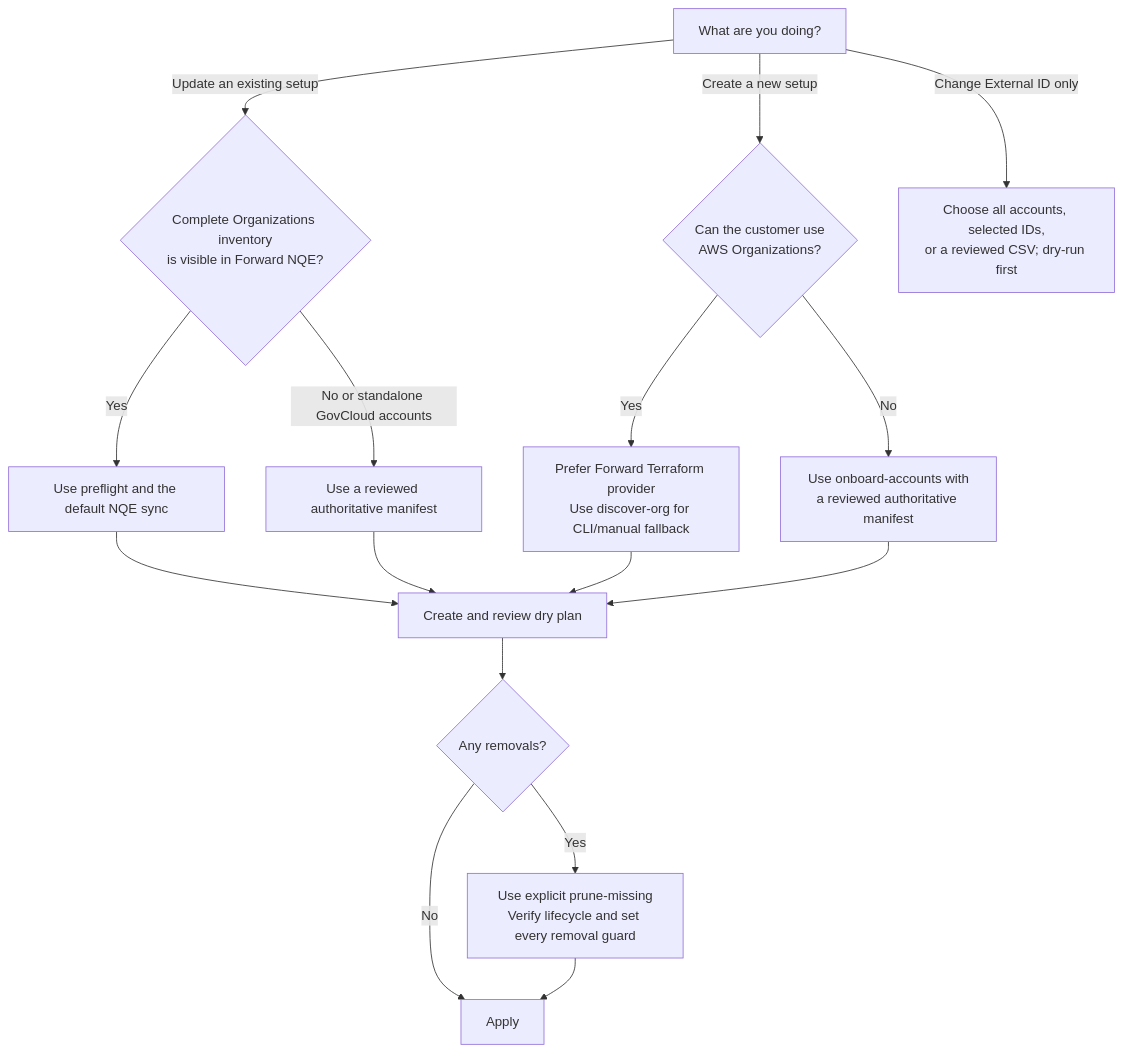
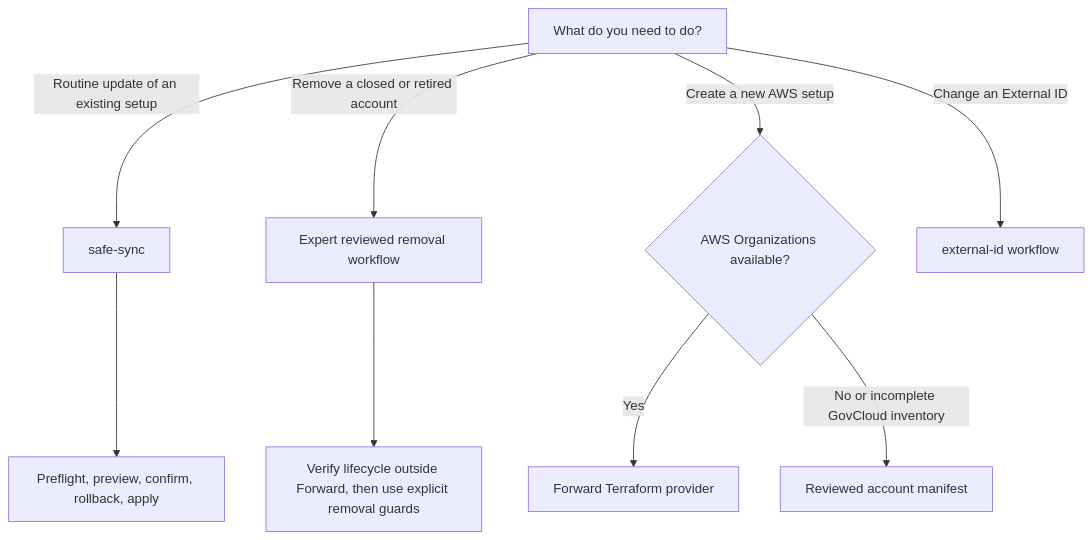
One commit to forwardnetworks/aws-sync changed the diagram in README.md. Above: the diagram before and after it, drawn with Mermaid. The commit also changed other lines of this file and 9 other files, not shown here.

Commit message:
feat: add guarded safe-sync workflow

````diff
--- a/README.md
+++ b/README.md
@@ -7,20 +92,11 @@
 ```mermaid
 flowchart TD
-    A[What are you doing?] -->|Update an existing setup| B{Complete Organizations inventory<br/>is visible in Forward NQE?}
-    A -->|Create a new setup| C{Can the customer use<br/>AWS Organizations?}
-    A -->|Change External ID only| X[Choose all accounts, selected IDs,<br/>or a reviewed CSV; dry-run first]
-
-    B -->|Yes| D[Use preflight and the default NQE sync]
-    B -->|No or standalone GovCloud accounts| E[Use a reviewed authoritative manifest]
-    C -->|Yes| F[Prefer Forward Terraform provider<br/>Use discover-org for CLI/manual fallback]
-    C -->|No| G[Use onboard-accounts with<br/>a reviewed authoritative manifest]
-
-    D --> H[Create and review dry plan]
-    E --> H
-    F --> H
-    G --> H
-    H --> I{Any removals?}
-    I -->|No| J[Apply]
-    I -->|Yes| K[Use explicit prune-missing<br/>Verify lifecycle and set every removal guard]
-    K --> J
+    A[What do you need to do?] -->|Routine update of an existing setup| B[safe-sync]
+    A -->|Remove a closed or retired account| C[Expert reviewed removal workflow]
+    A -->|Create a new AWS setup| D{AWS Organizations available?}
+    A -->|Change an External ID| E[external-id workflow]
+    D -->|Yes| F[Forward Terraform provider]
+    D -->|No or incomplete GovCloud inventory| G[Reviewed account manifest]
+    B --> H[Preflight, preview, confirm, rollback, apply]
+    C --> I[Verify lifecycle outside Forward, then use explicit removal guards]
 ```
````
